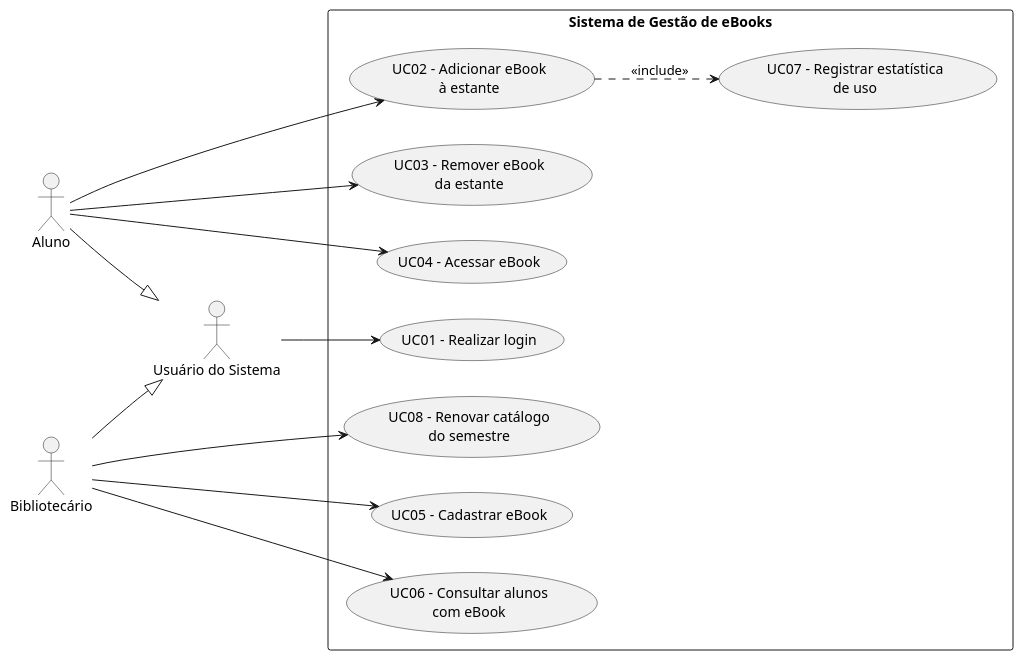
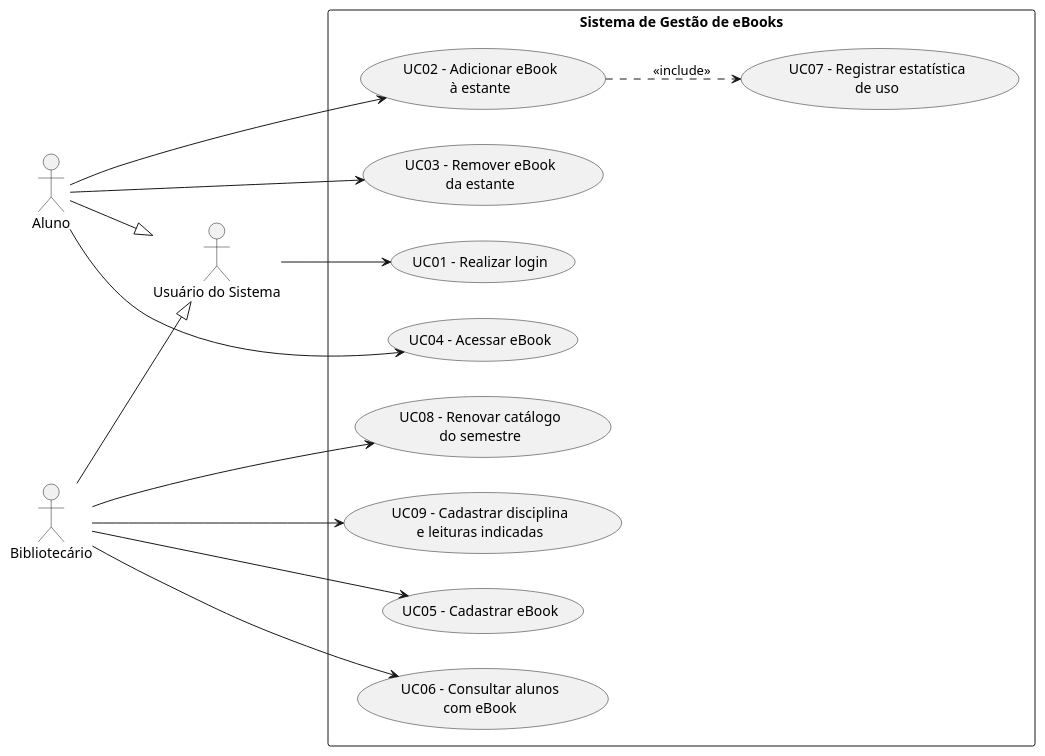
The diagram in docs/diagramas/casos-de-uso.puml (fillmello/lab01-ebooks-biblioteca), drawn with PlantUML before and after one commit. The commit also changed 10 other files, not shown here.

```diff
--- a/docs/diagramas/casos-de-uso.puml
+++ b/docs/diagramas/casos-de-uso.puml
@@ -1,39 +1,41 @@
 @startuml Sistema de Gestão de eBooks
 left to right direction
 
 actor "Usuário do Sistema" as usuario
 actor "Aluno" as aluno
 actor "Bibliotecário" as bib
 
 ' --- Aluno e Bibliotecário são especializações de Usuário do Sistema ---
 aluno --|> usuario
 bib --|> usuario
 
 rectangle "Sistema de Gestão de eBooks" {
   usecase "UC01 - Realizar login"                   as UC_login
   usecase "UC02 - Adicionar eBook\nà estante"       as UC_adicionar
   usecase "UC03 - Remover eBook\nda estante"        as UC_remover
   usecase "UC04 - Acessar eBook"                    as UC_acessar
   usecase "UC05 - Cadastrar eBook"                  as UC_cadastrar
   usecase "UC06 - Consultar alunos\ncom eBook"      as UC_consultar
   usecase "UC07 - Registrar estatística\nde uso"    as UC_estatistica
   usecase "UC08 - Renovar catálogo\ndo semestre"    as UC_renovar
+  usecase "UC09 - Cadastrar disciplina\ne leituras indicadas" as UC_disciplina
 }
 
 ' --- Usuário do Sistema (vale para os dois perfis) ---
 usuario --> UC_login
 
 ' --- Aluno ---
 aluno --> UC_adicionar
 aluno --> UC_remover
 aluno --> UC_acessar
 
 ' --- Bibliotecário ---
 bib --> UC_cadastrar
 bib --> UC_consultar
 bib --> UC_renovar
+bib --> UC_disciplina
 
 ' --- Relacionamento include ---
 UC_adicionar ..> UC_estatistica : <<include>>
 
 @enduml
```
